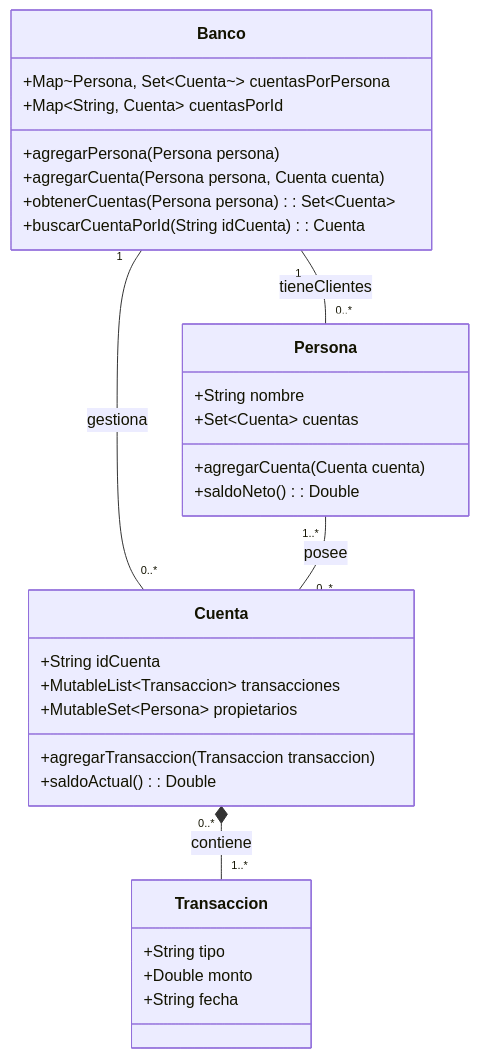
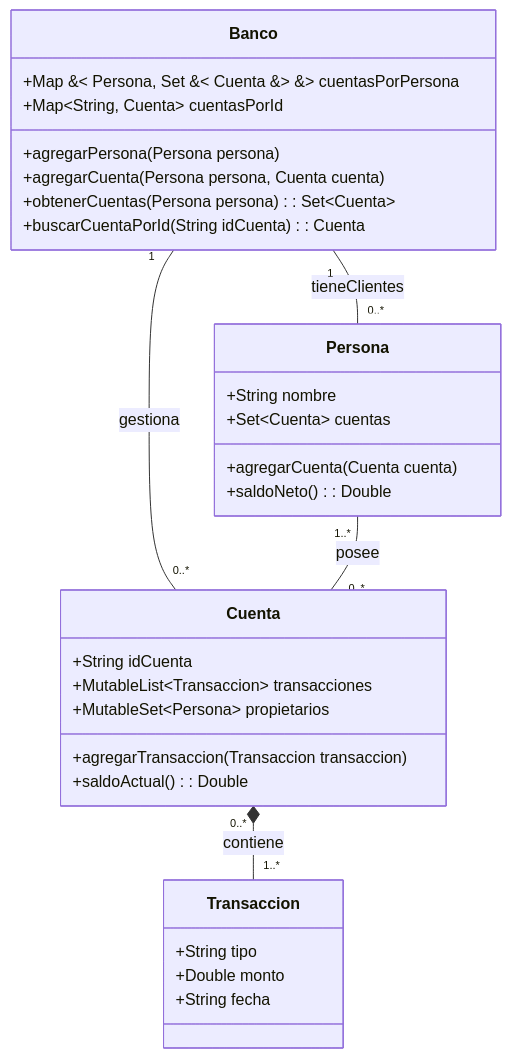
The diagram in labo03/colecciones/RetoBancario.md (DiegoMartindeAndres/Labos-PSM), drawn with Mermaid before and after one commit. The commit also changed other lines of this file and 3 other files, not shown here.

Commit message:
Mejoras y pruebas con el diagrama de clases del reto bancario

````diff
--- a/labo03/colecciones/RetoBancario.md
+++ b/labo03/colecciones/RetoBancario.md
@@ -14,38 +15,38 @@
 ```mermaid
 classDiagram
     class Banco {
-        +Map~Persona, Set~Cuenta~~ cuentasPorPersona
+        +Map &#60; Persona, Set &#60; Cuenta &#62; &#62; cuentasPorPersona
         +Map~String, Cuenta~ cuentasPorId
         +agregarPersona(Persona persona)
         +agregarCuenta(Persona persona, Cuenta cuenta)
         +obtenerCuentas(Persona persona): Set~Cuenta~
         +buscarCuentaPorId(String idCuenta): Cuenta
     }
 
     class Persona {
         +String nombre
         +Set~Cuenta~ cuentas
         +agregarCuenta(Cuenta cuenta)
         +saldoNeto(): Double
     }
 
     class Cuenta {
         +String idCuenta
         +MutableList~Transaccion~ transacciones
         +MutableSet~Persona~ propietarios
         +agregarTransaccion(Transaccion transaccion)
         +saldoActual(): Double
     }
 
     class Transaccion {
         +String tipo
         +Double monto
         +String fecha
     }
 
     Banco "1" -- "0..*" Persona: tieneClientes
     Banco "1" -- "0..*" Cuenta: gestiona
     Persona "1..*" -- "0..*" Cuenta: posee
     Cuenta "0..*" *-- "1..*" Transaccion: contiene
 
 ```
````
